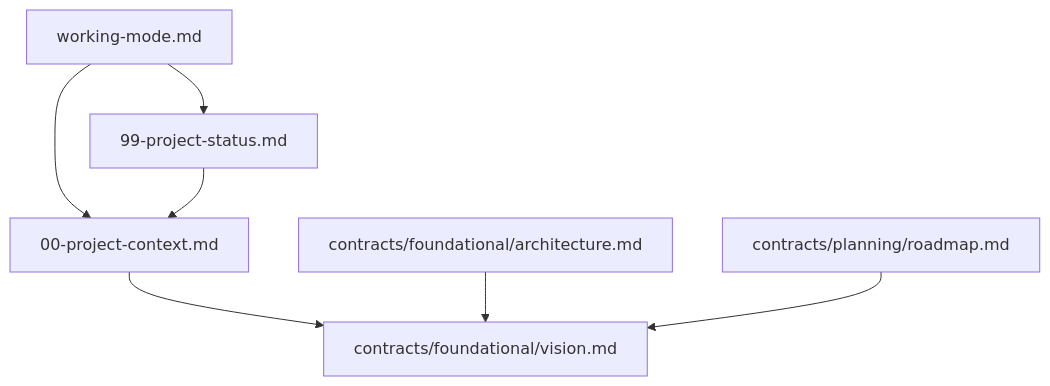
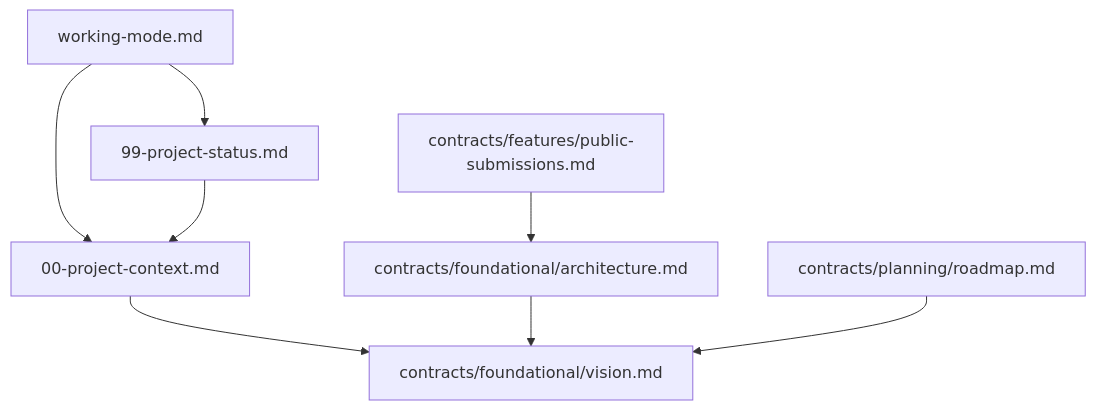
One commit to ConlinJoe/ai-platform changed the diagram in templates/docs/README.md. Above: the diagram before and after it, drawn with Mermaid. The commit also changed other lines of this file and 27 other files, not shown here.

````diff
--- a/templates/docs/README.md
+++ b/templates/docs/README.md
@@ -32,16 +33,18 @@
 ```mermaid
 flowchart TD
   context[00-project-context.md]
   workingMode[working-mode.md]
   status[99-project-status.md]
   vision[contracts/foundational/vision.md]
   architecture[contracts/foundational/architecture.md]
   roadmap[contracts/planning/roadmap.md]
+  publicSubmissions[contracts/features/public-submissions.md]
 
   context --> vision
   workingMode --> context
   workingMode --> status
   status --> context
   architecture --> vision
   roadmap --> vision
+  publicSubmissions --> architecture
 ```
````
